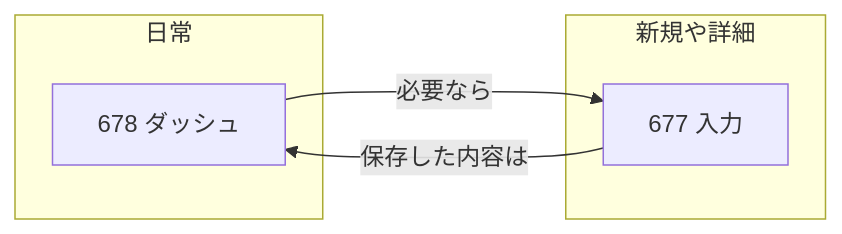
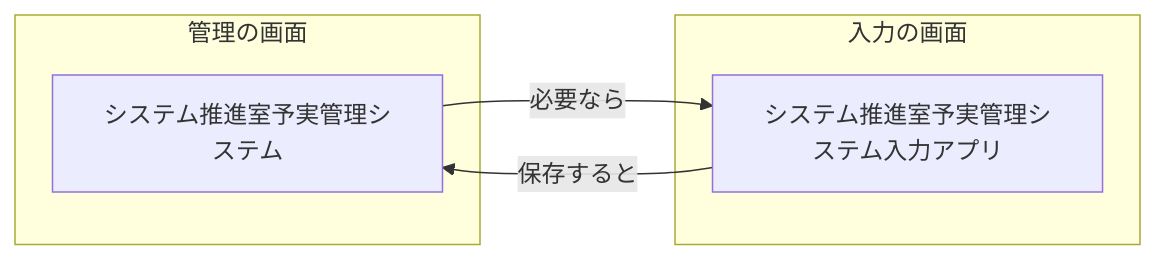
Before and after one commit to mhamad4968/GitHub-Actions: the diagram in templates/yojitsu-budget-lite/docs/yojitsu-quick-manual.md, drawn with Mermaid. The commit also changed other lines of this file and 10 other files, not shown here.

````diff
--- a/templates/yojitsu-budget-lite/docs/yojitsu-quick-manual.md
+++ b/templates/yojitsu-budget-lite/docs/yojitsu-quick-manual.md
@@ -18,11 +16,11 @@
 ```mermaid
 flowchart LR
-  subgraph 日常
-    D[678 ダッシュ]
+  subgraph 管理の画面
+    D["システム推進室予実管理システム"]
   end
-  subgraph 新規や詳細
-    I[677 入力]
+  subgraph 入力の画面
+    I["システム推進室予実管理システム入力アプリ"]
   end
   D -->|必要なら| I
-  I -->|保存した内容は| D
+  I -->|保存すると| D
 ```
````
